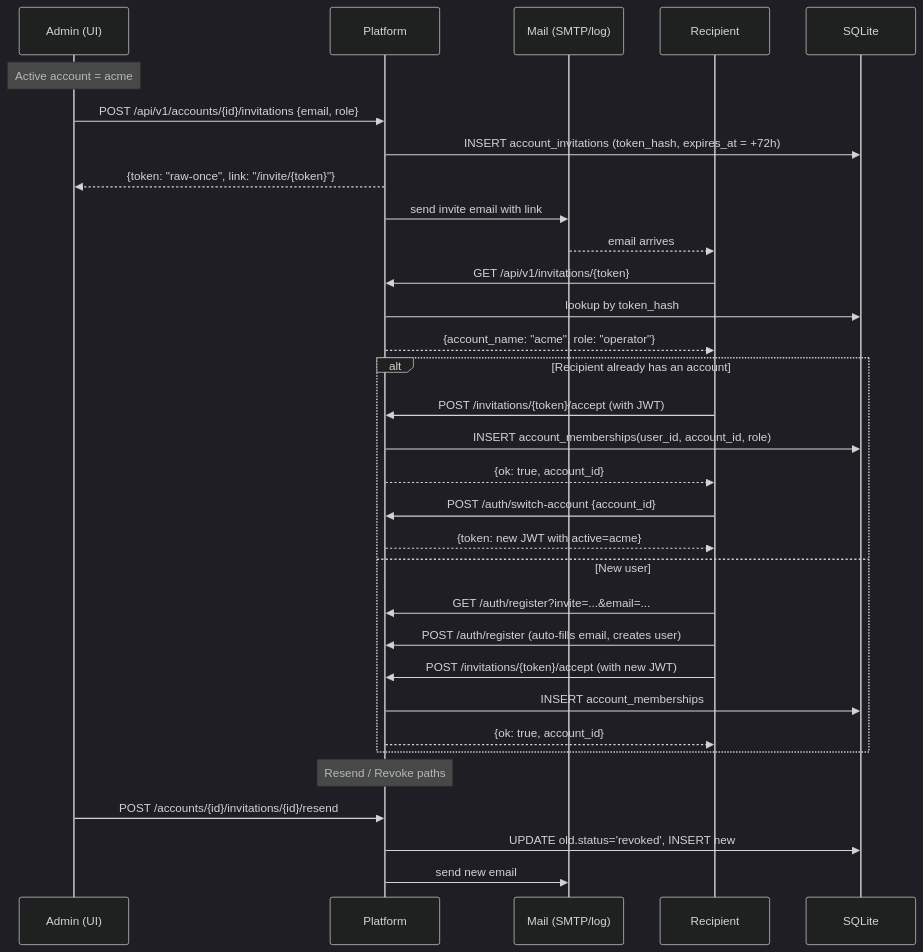
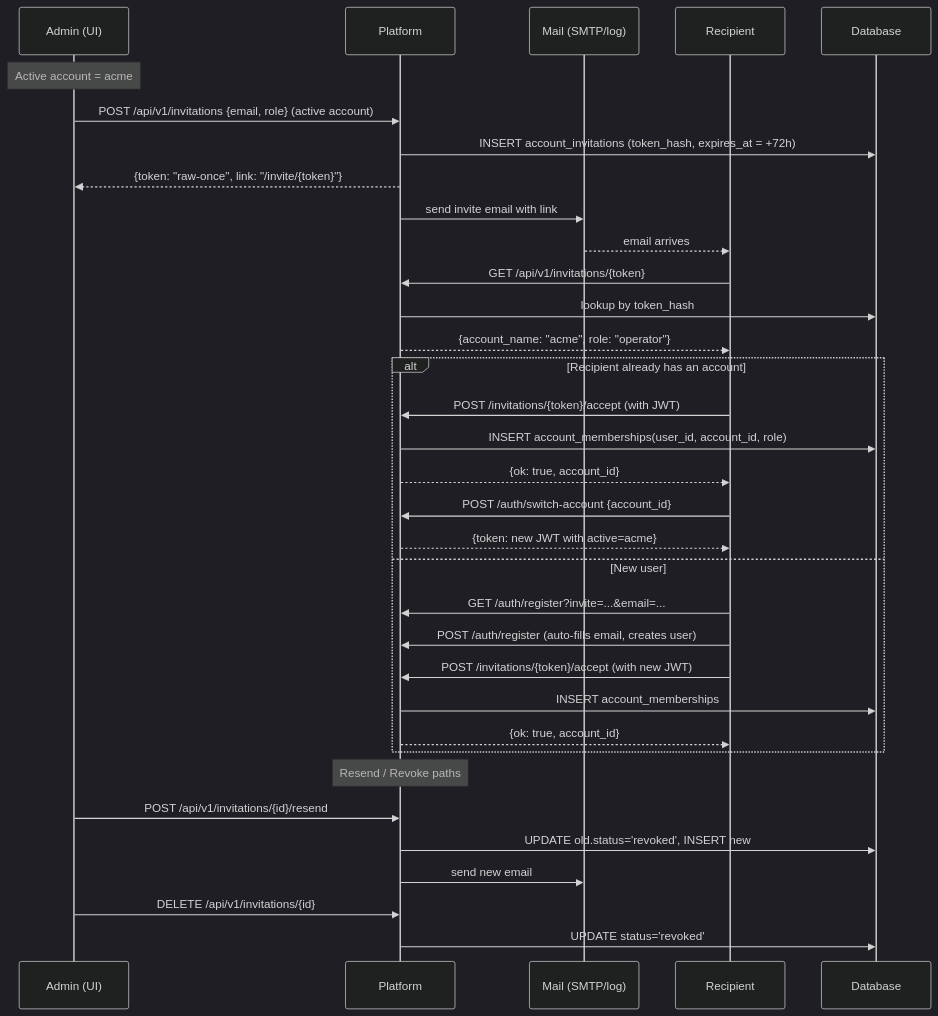
One commit to darvik80/iot-platform-go changed diagram 11 of 14 in docs/en/14-diagrams.md. Above: the diagram before and after it, drawn with Mermaid (dark theme). The commit also changed other lines of this file and 81 other files, not shown here.

````diff
--- a/docs/en/14-diagrams.md
+++ b/docs/en/14-diagrams.md
@@ -463,38 +478,40 @@
 ```mermaid
 sequenceDiagram
     participant A as Admin (UI)
     participant P as Platform
     participant M as Mail (SMTP/log)
     participant R as Recipient
-    participant DB as SQLite
+    participant DB as Database
 
     Note over A: Active account = acme
-    A->>P: POST /api/v1/accounts/{id}/invitations {email, role}
+    A->>P: POST /api/v1/invitations {email, role} (active account)
     P->>DB: INSERT account_invitations (token_hash, expires_at = +72h)
     P-->>A: {token: "raw-once", link: "/invite/{token}"}
     P->>M: send invite email with link
     M-->>R: email arrives
 
     R->>P: GET /api/v1/invitations/{token}
     P->>DB: lookup by token_hash
     P-->>R: {account_name: "acme", role: "operator"}
 
     alt Recipient already has an account
         R->>P: POST /invitations/{token}/accept (with JWT)
         P->>DB: INSERT account_memberships(user_id, account_id, role)
         P-->>R: {ok: true, account_id}
         R->>P: POST /auth/switch-account {account_id}
         P-->>R: {token: new JWT with active=acme}
     else New user
         R->>P: GET /auth/register?invite=...&email=...
         R->>P: POST /auth/register (auto-fills email, creates user)
         R->>P: POST /invitations/{token}/accept (with new JWT)
         P->>DB: INSERT account_memberships
         P-->>R: {ok: true, account_id}
     end
 
     Note over P: Resend / Revoke paths
-    A->>P: POST /accounts/{id}/invitations/{id}/resend
+    A->>P: POST /api/v1/invitations/{id}/resend
     P->>DB: UPDATE old.status='revoked', INSERT new
     P->>M: send new email
+    A->>P: DELETE /api/v1/invitations/{id}
+    P->>DB: UPDATE status='revoked'
 ```
````
